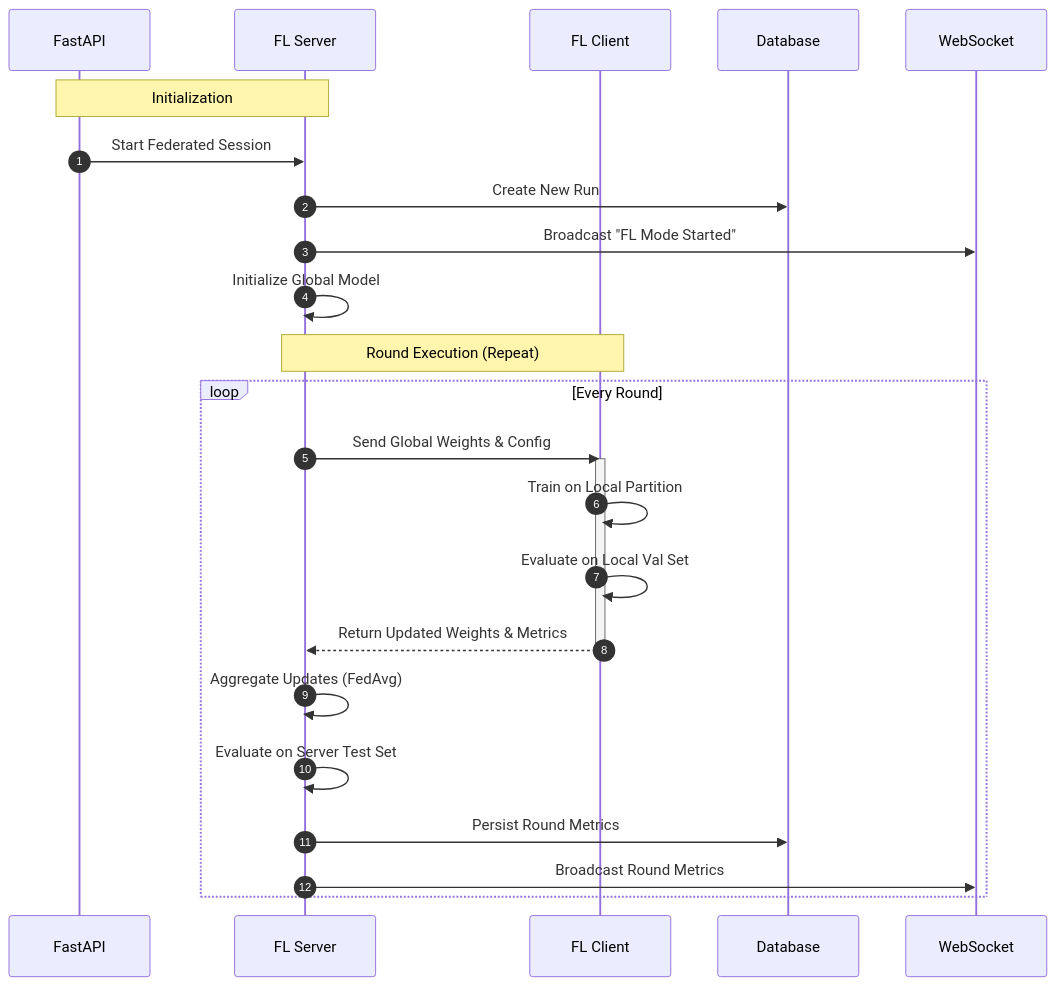
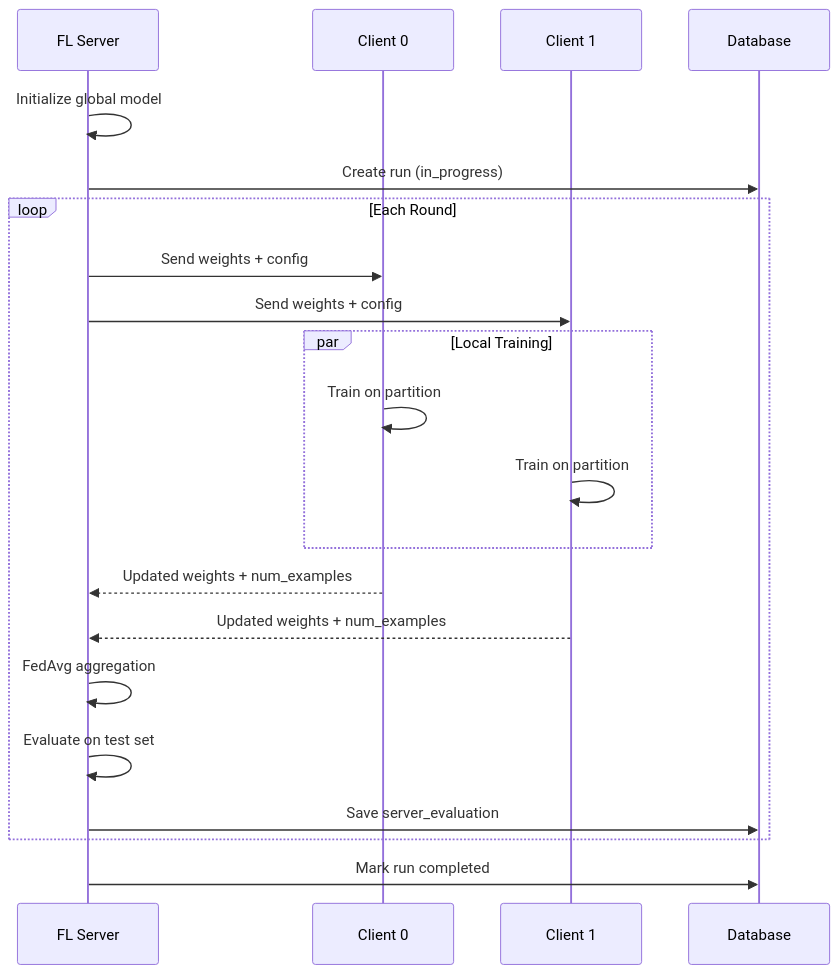
Before and after one commit to h19overflow/federated_learning: the fifth of 8 diagrams in federated_pneumonia_detection/src/control/README.md, drawn with Mermaid. The commit also changed other lines of this file and 21 other files, not shown here.

````diff
--- a/federated_pneumonia_detection/src/control/README.md
+++ b/federated_pneumonia_detection/src/control/README.md
@@ -377,30 +118,29 @@
 ```mermaid
 sequenceDiagram
-    autonumber
-    participant API as FastAPI
     participant Server as FL Server
-    participant Client as FL Client
+    participant C1 as Client 0
+    participant C2 as Client 1
     participant DB as Database
-    participant WS as WebSocket
 
-    Note over API, Server: Initialization
-    API->>Server: Start Federated Session
-    Server->>DB: Create New Run
-    Server->>WS: Broadcast "FL Mode Started"
-    Server->>Server: Initialize Global Model
+    Server->>Server: Initialize global model
+    Server->>DB: Create run (in_progress)
 
-    Note over Server, Client: Round Execution (Repeat)
-    loop Every Round
-        Server->>Client: Send Global Weights & Config
-        activate Client
-        Client->>Client: Train on Local Partition
-        Client->>Client: Evaluate on Local Val Set
-        Client-->>Server: Return Updated Weights & Metrics
-        deactivate Client
+    loop Each Round
+        Server->>C1: Send weights + config
+        Server->>C2: Send weights + config
 
-        Server->>Server: Aggregate Updates (FedAvg)
-        Server->>Server: Evaluate on Server Test Set
-        Server->>DB: Persist Round Metrics
-        Server->>WS: Broadcast Round Metrics
+        par Local Training
+            C1->>C1: Train on partition
+            C2->>C2: Train on partition
+        end
+
+        C1-->>Server: Updated weights + num_examples
+        C2-->>Server: Updated weights + num_examples
+
+        Server->>Server: FedAvg aggregation
+        Server->>Server: Evaluate on test set
+        Server->>DB: Save server_evaluation
     end
+
+    Server->>DB: Mark run completed
 ```
````
